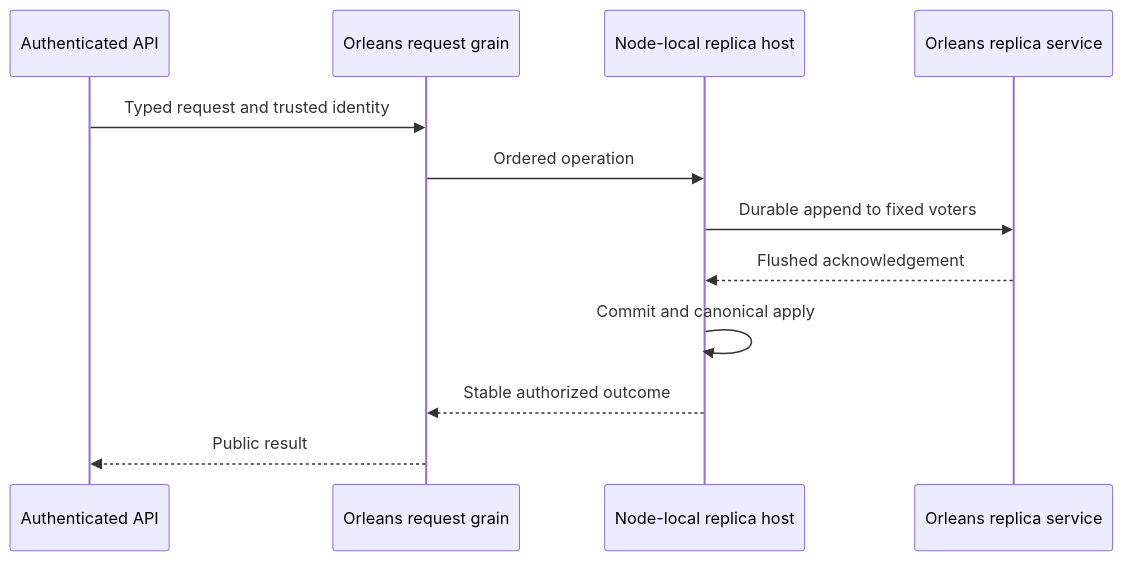
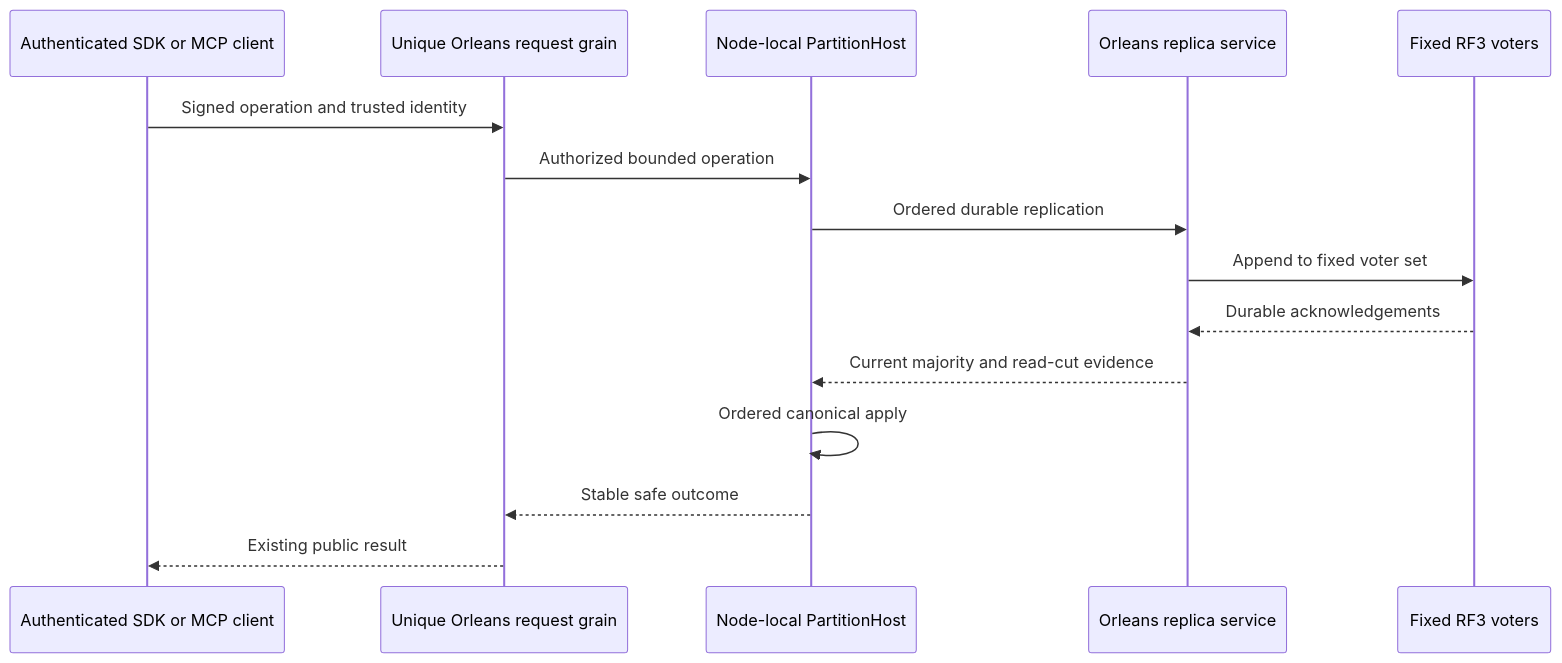
One commit to managedcode/KeyLoad changed the diagram in docs/ADR/ADR-036-orleans-foundation.md. Above: the diagram before and after it, drawn with Mermaid. The commit also changed other lines of this file and 152 other files, not shown here.

````diff
--- a/docs/ADR/ADR-036-orleans-foundation.md
+++ b/docs/ADR/ADR-036-orleans-foundation.md
@@ -140,14 +13,17 @@
 ```mermaid
 sequenceDiagram
-    participant API as Authenticated API
-    participant Request as Orleans request grain
-    participant Host as Node-local replica host
-    participant Peer as Orleans replica service
-    API->>Request: Typed request and trusted identity
-    Request->>Host: Ordered operation
-    Host->>Peer: Durable append to fixed voters
-    Peer-->>Host: Flushed acknowledgement
-    Host->>Host: Commit and canonical apply
-    Host-->>Request: Stable authorized outcome
-    Request-->>API: Public result
+    participant Client as Authenticated SDK or MCP client
+    participant Request as Unique Orleans request grain
+    participant Host as Node-local PartitionHost
+    participant Replica as Orleans replica service
+    participant Voters as Fixed RF3 voters
+    Client->>Request: Signed operation and trusted identity
+    Request->>Host: Authorized bounded operation
+    Host->>Replica: Ordered durable replication
+    Replica->>Voters: Append to fixed voter set
+    Voters-->>Replica: Durable acknowledgements
+    Replica-->>Host: Current majority and read-cut evidence
+    Host->>Host: Ordered canonical apply
+    Host-->>Request: Stable safe outcome
+    Request-->>Client: Existing public result
 ```
````
